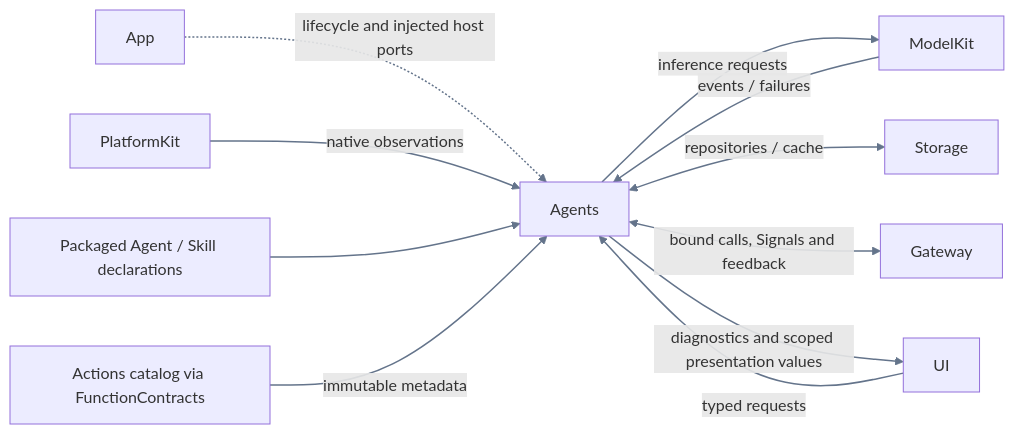
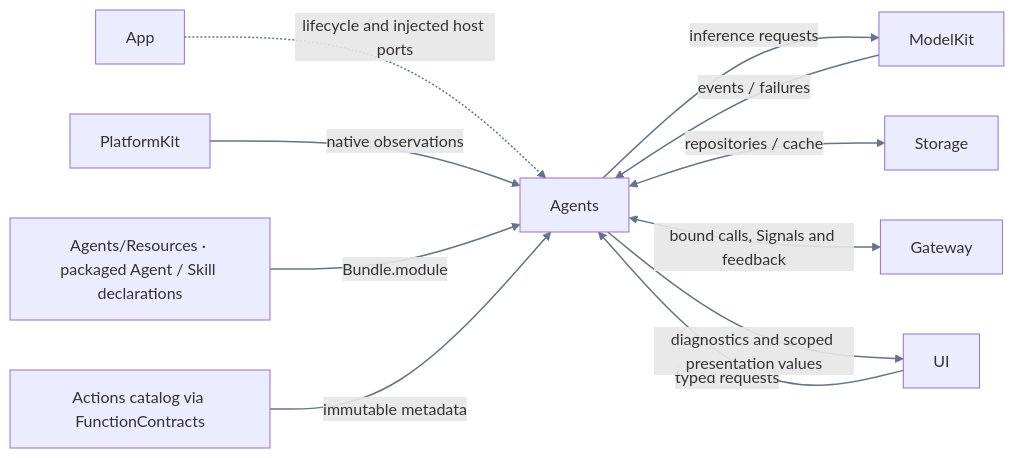
Before and after one commit to devilyouwei/MobileHarness: the first of 2 diagrams in MobileHarness/Agents/README.md, drawn with Mermaid. The commit also changed other lines of this file and 131 other files, not shown here.

````diff
--- a/MobileHarness/Agents/README.md
+++ b/MobileHarness/Agents/README.md
@@ -11,14 +11,14 @@
 ```mermaid
 flowchart LR
     App["App"] -.->|lifecycle and injected host ports| Agents["Agents"]
     UI["UI"] -->|typed requests| Agents
     Platform["PlatformKit"] -->|native observations| Agents
-    Resources["Packaged Agent / Skill declarations"] --> Agents
+    Resources["Agents/Resources · packaged Agent / Skill declarations"] -->|Bundle.module| Agents
     Agents -->|inference requests| Model["ModelKit"]
     Model -->|events / failures| Agents
     Agents <-->|repositories / cache| Storage["Storage"]
     Agents <-->|bound calls, Signals and feedback| Gateway["Gateway"]
     Catalog["Actions catalog via FunctionContracts"] -->|immutable metadata| Agents
     Agents -->|diagnostics and scoped presentation values| UI
     linkStyle default stroke:#64748b,stroke-width:1.5px
 ```
````
